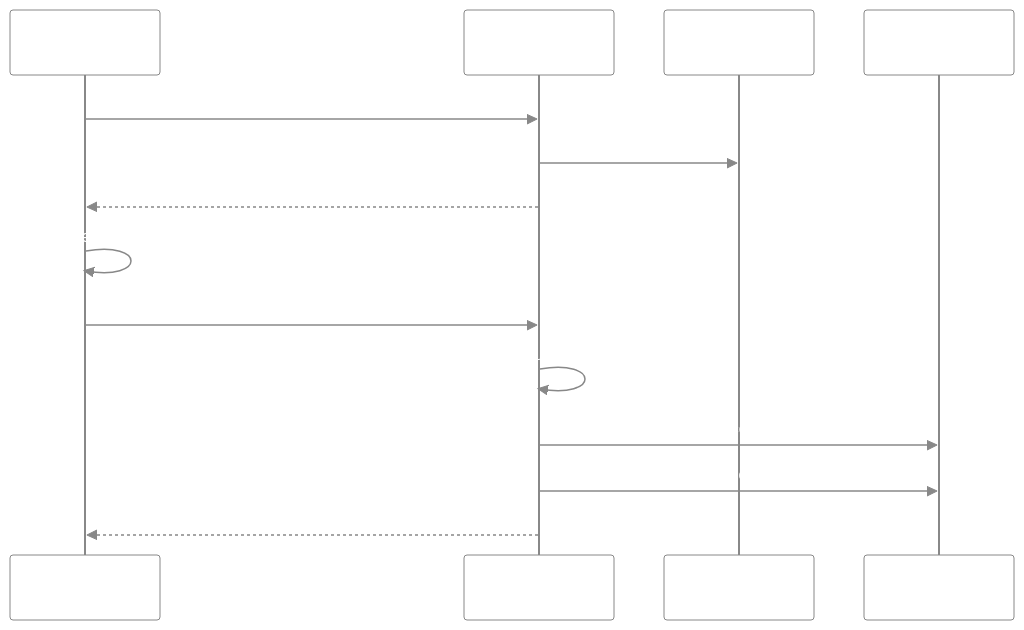
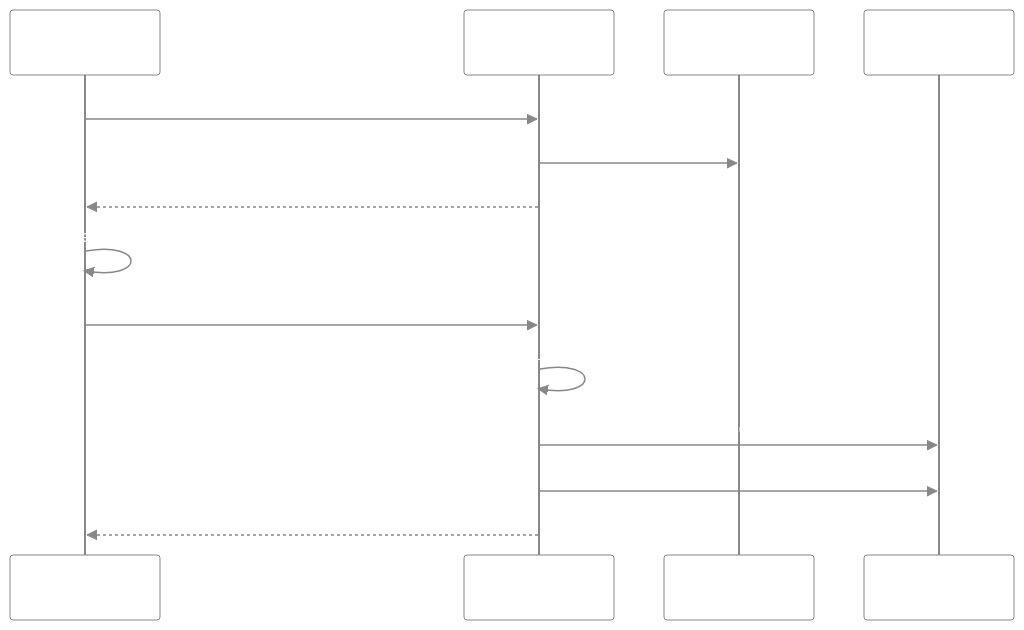
The third of 5 diagrams in README.md (N-Choo/CoinBot.v3), drawn with Mermaid before and after one commit. The commit also changed other lines of this file and 5 other files, not shown here.

````diff
--- a/README.md
+++ b/README.md
@@ -101,18 +101,18 @@
 ```mermaid
 %%{init: {"theme":"base","themeVariables":{"actorBkg":"transparent","actorBorder":"#888","actorTextColor":"#fff","signalColor":"#888","signalTextColor":"#fff","labelBoxBkgColor":"transparent","labelBoxBorderColor":"#888","labelTextColor":"#fff","noteBkgColor":"transparent","noteBorderColor":"#888","noteTextColor":"#fff"}}}%%
 sequenceDiagram
     participant U as Wallet / SPA
     participant G as api_gateway
     participant R as Redis (nonce)
     participant DB as PostgreSQL
 
     U->>G: GET /api/contracts/nonce
     G->>R: store nonce
     G-->>U: nonce
     U->>U: sign(nonce, settings)
     U->>G: POST /api/contracts/sign (nonce, message, signature)
     G->>G: verify signature + settings
     G->>DB: lock init_fund (balance -> locked_balance)
-    G->>DB: insert contract (available = init_fund, used = 0)
+    G->>DB: insert contract (available = init_fund, total_traded = 0)
     G-->>U: 200 Contract signed
 ```
````
